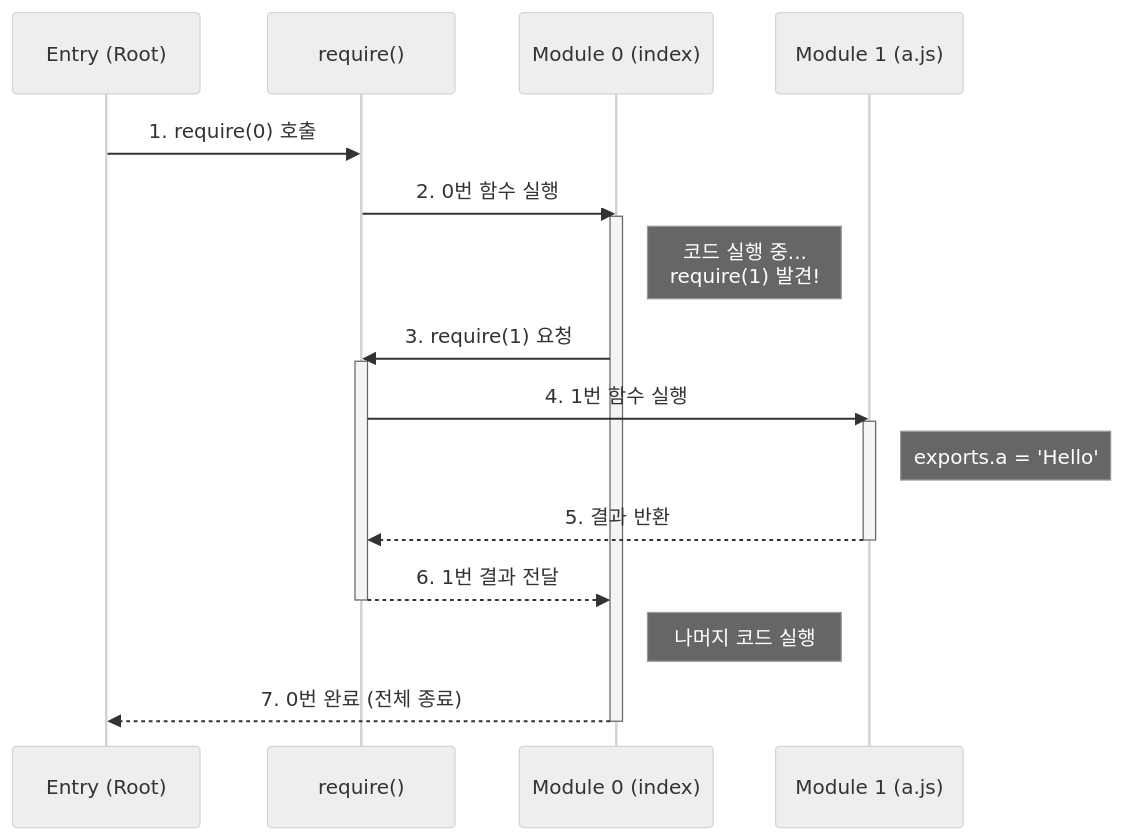
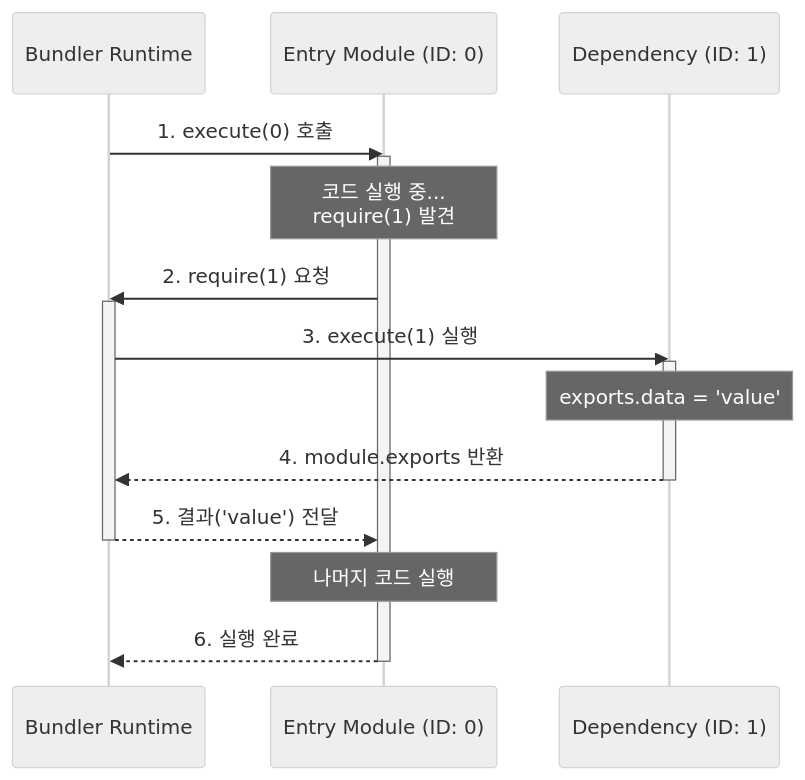
Before and after one commit to Han5991/fe-lab: the diagram in apps/blog/posts/bundler/step-3-bundle.md, drawn with Mermaid (neutral theme). The commit also changed other lines of this file and 3 other files, not shown here.

````diff
--- a/apps/blog/posts/bundler/step-3-bundle.md
+++ b/apps/blog/posts/bundler/step-3-bundle.md
@@ -55,24 +68,22 @@
 ```mermaid
 sequenceDiagram
-    participant Main as Entry (Root)
-    participant Req as require()
-    participant Mod0 as Module 0 (index)
-    participant Mod1 as Module 1 (a.js)
+    participant Runtime as Bundler Runtime
+    participant Entry as Entry Module (ID: 0)
+    participant Dep as Dependency (ID: 1)
 
-    Main->>Req: 1. require(0) 호출
-    Req->>Mod0: 2. 0번 함수 실행
-    activate Mod0
-    Note right of Mod0: 코드 실행 중...<br/>require(1) 발견!
-    Mod0->>Req: 3. require(1) 요청
-    activate Req
-    Req->>Mod1: 4. 1번 함수 실행
-    activate Mod1
-    Note right of Mod1: exports.a = 'Hello'
-    Mod1-->>Req: 5. 결과 반환
-    deactivate Mod1
-    Req-->>Mod0: 6. 1번 결과 전달
-    deactivate Req
-    Note right of Mod0: 나머지 코드 실행
-    Mod0-->>Main: 7. 0번 완료 (전체 종료)
-    deactivate Mod0
+    Runtime->>Entry: 1. execute(0) 호출
+    activate Entry
+    Note over Entry: 코드 실행 중...<br/>require(1) 발견
+    Entry->>Runtime: 2. require(1) 요청
+    activate Runtime
+    Runtime->>Dep: 3. execute(1) 실행
+    activate Dep
+    Note over Dep: exports.data = 'value'
+    Dep-->>Runtime: 4. module.exports 반환
+    deactivate Dep
+    Runtime-->>Entry: 5. 결과('value') 전달
+    deactivate Runtime
+    Note over Entry: 나머지 코드 실행
+    Entry-->>Runtime: 6. 실행 완료
+    deactivate Entry
 ```
````
